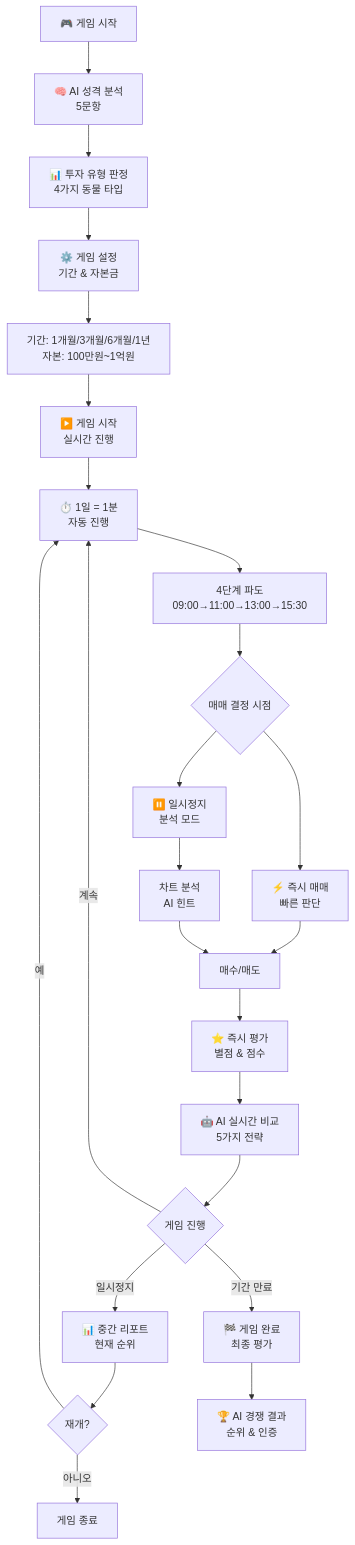
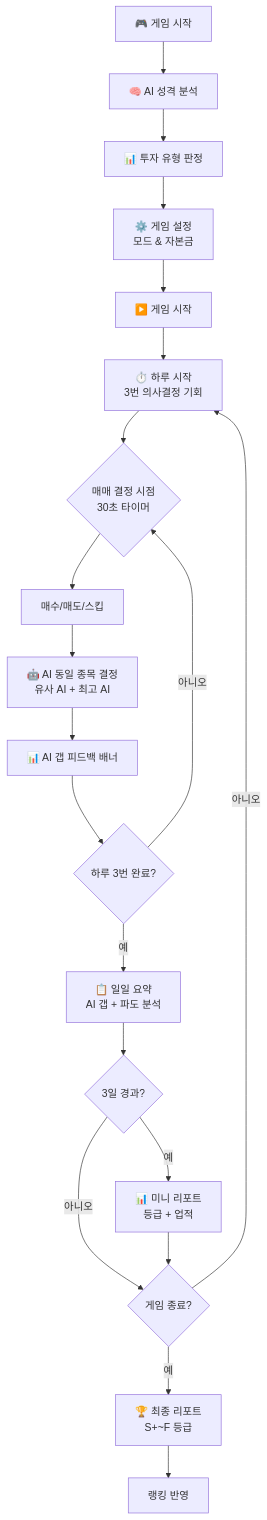
One commit to Collegenie-X/stock_simulation changed the first of 3 diagrams in README.md. Above: the diagram before and after it, drawn with Mermaid. The commit also changed other lines of this file and 45 other files, not shown here.

````diff
--- a/README.md
+++ b/README.md
@@ -1257,38 +507,28 @@
 ```mermaid
 flowchart TD
-    A[🎮 게임 시작] --> B[🧠 AI 성격 분석<br/>5문항]
-    B --> C[📊 투자 유형 판정<br/>4가지 동물 타입]
-    C --> D[⚙️ 게임 설정<br/>기간 & 자본금]
-    
-    D --> D1[기간: 1개월/3개월/6개월/1년<br/>자본: 100만원~1억원]
-    D1 --> E[▶️ 게임 시작<br/>실시간 진행]
-    
-    E --> F[⏱️ 1일 = 1분<br/>자동 진행]
-    F --> G[4단계 파도<br/>09:00→11:00→13:00→15:30]
-    
-    G --> H{매매 결정 시점}
-    H --> I[⚡ 즉시 매매<br/>빠른 판단]
-    H --> J[⏸️ 일시정지<br/>분석 모드]
-    
-    I --> K[매수/매도]
-    J --> L[차트 분석<br/>AI 힌트]
-    L --> K
-    
-    K --> M[⭐ 즉시 평가<br/>별점 & 점수]
-    
-    M --> N[🤖 AI 실시간 비교<br/>5가지 전략]
-    
-    N --> O{게임 진행}
-    O -->|계속| F
-    O -->|일시정지| P[📊 중간 리포트<br/>현재 순위]
-    
-    P --> Q{재개?}
-    Q -->|예| F
-    Q -->|아니오| R[게임 종료]
-    
-    O -->|기간 만료| S[🏁 게임 완료<br/>최종 평가]
-    
-    S --> T[🏆 AI 경쟁 결과<br/>순위 & 인증]
-    
-   
+    A[🎮 게임 시작] --> B[🧠 AI 성격 분석]
+    B --> C[📊 투자 유형 판정]
+    C --> D[⚙️ 게임 설정<br/>모드 & 자본금]
+
+    D --> E[▶️ 게임 시작]
+
+    E --> F[⏱️ 하루 시작<br/>3번 의사결정 기회]
+    F --> G{매매 결정 시점<br/>30초 타이머}
+
+    G --> H[매수/매도/스킵]
+    H --> I[🤖 AI 동일 종목 결정<br/>유사 AI + 최고 AI]
+    I --> J[📊 AI 갭 피드백 배너]
+
+    J --> K{하루 3번 완료?}
+    K -->|아니오| G
+    K -->|예| L[📋 일일 요약<br/>AI 갭 + 파도 분석]
+
+    L --> M{3일 경과?}
+    M -->|예| N[📊 미니 리포트<br/>등급 + 업적]
+    M -->|아니오| O{게임 종료?}
+    N --> O
+
+    O -->|아니오| F
+    O -->|예| P[🏆 최종 리포트<br/>S+~F 등급]
+    P --> Q[랭킹 반영]
 ```
````
